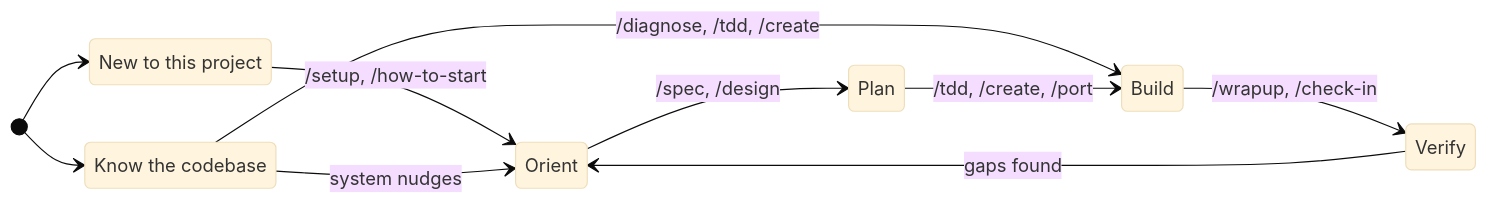
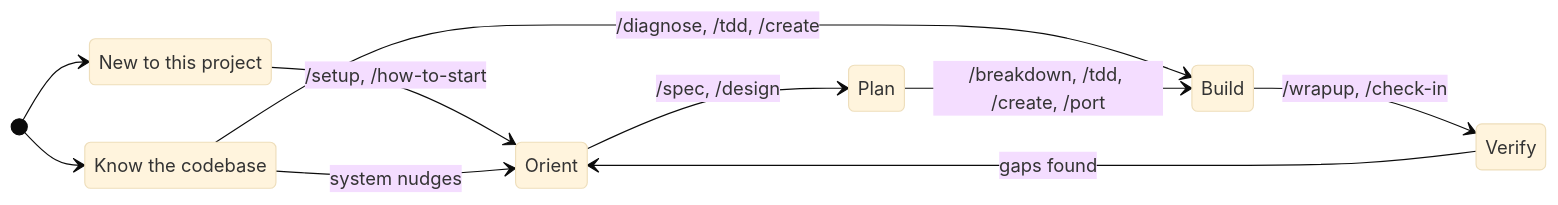
Before and after one commit to Max-Zhuuu/waypoint-skills: the diagram in README.md, drawn with Mermaid (base theme). The commit also changed other lines of this file and 29 other files, not shown here.

````diff
--- a/README.md
+++ b/README.md
@@ -200,25 +201,25 @@
 ```mermaid
 stateDiagram-v2
     direction LR
 
     state "New to this project" as new
     state "Know the codebase" as exp
 
     state "Orient" as orient
     state "Plan" as plan
     state "Build" as build
     state "Verify" as verify
 
     [*] --> new
     [*] --> exp
 
     new --> orient : /setup, /how-to-start
     exp --> build : /diagnose, /tdd, /create
 
     orient --> plan : /spec, /design
-    plan --> build : /tdd, /create, /port
+    plan --> build : /breakdown, /tdd, /create, /port
     build --> verify : /wrapup, /check-in
     verify --> orient : gaps found
 
     exp --> orient : system nudges
 ```
````
